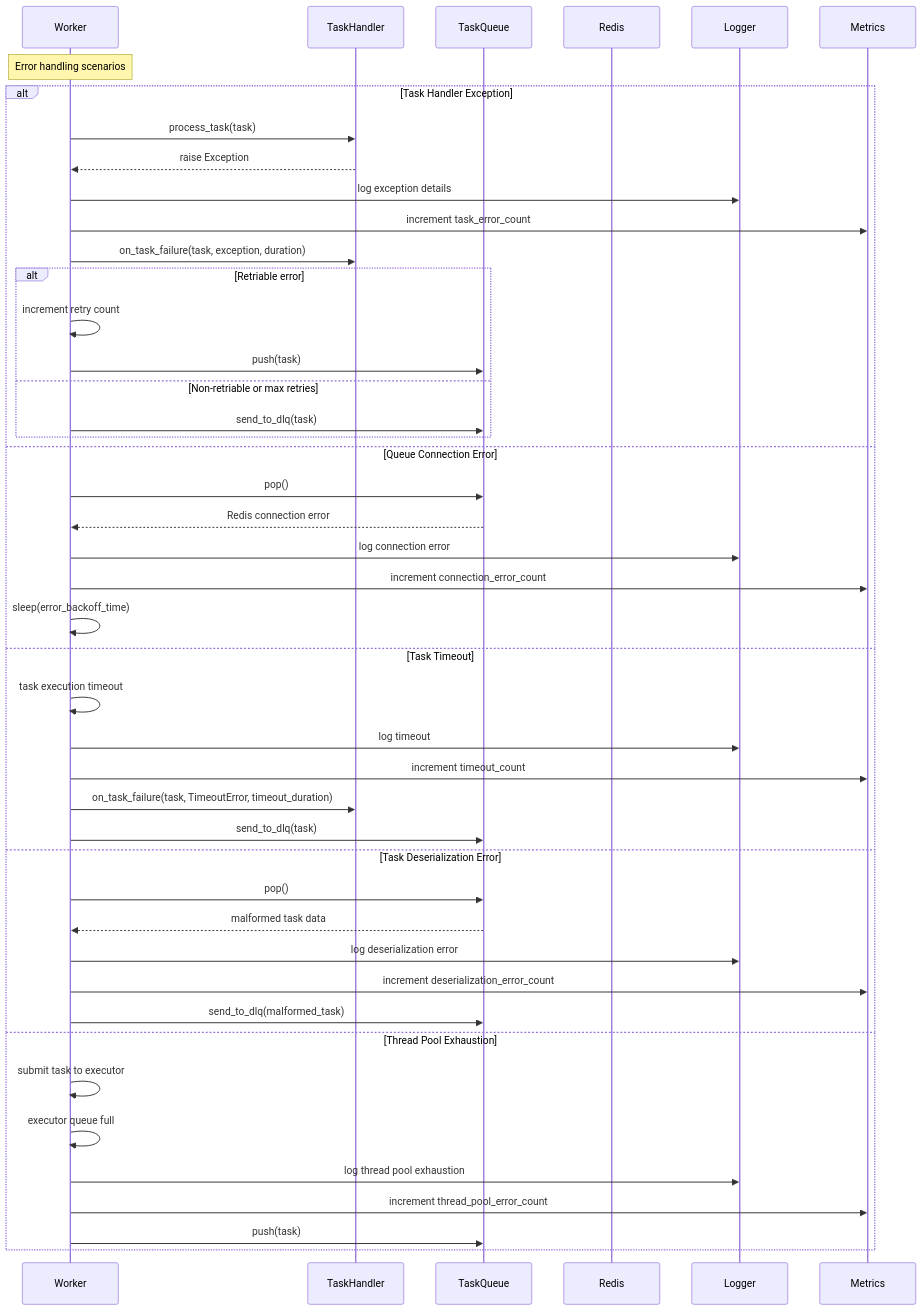
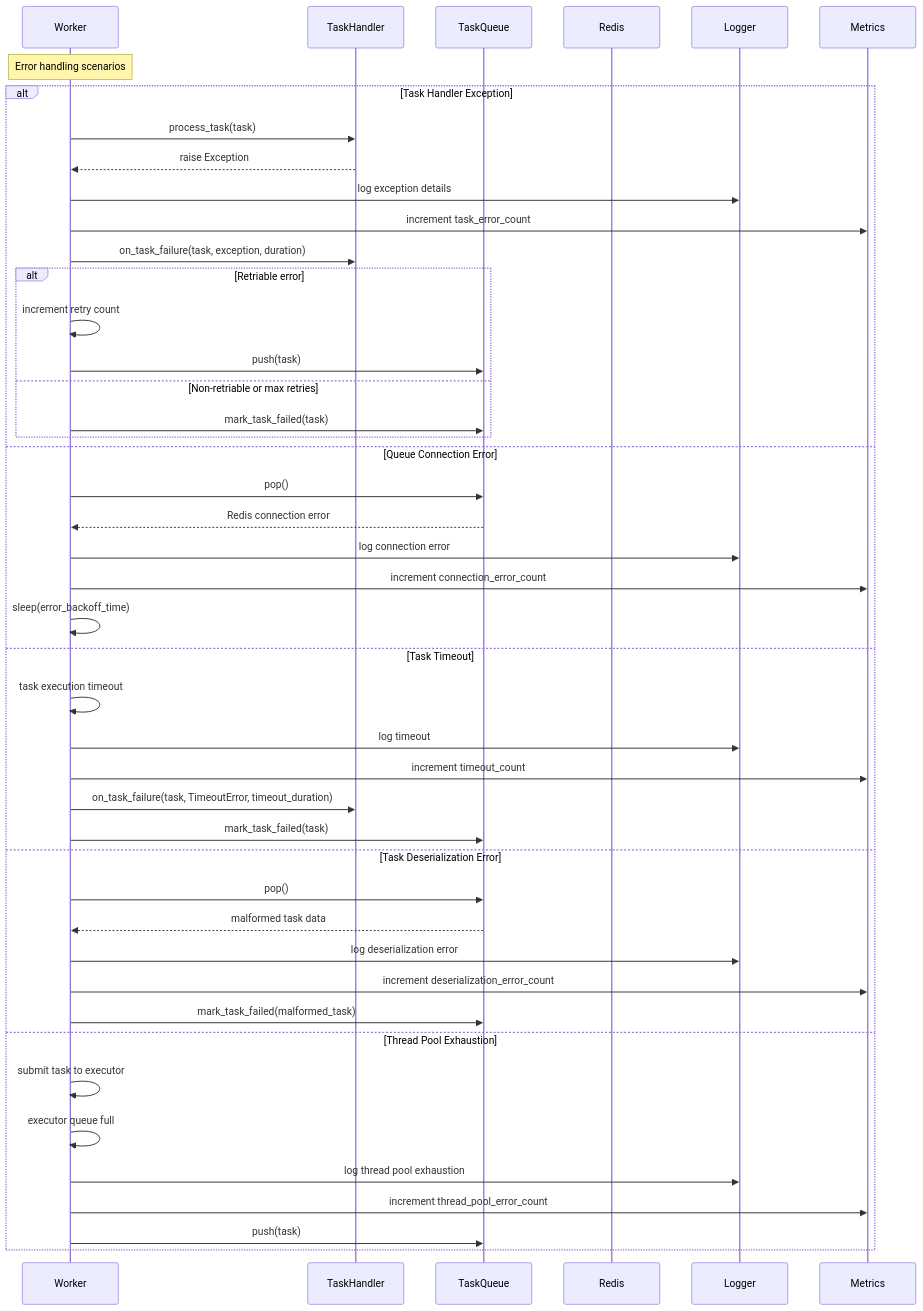
The eighth of 14 diagrams in docs/worker-sequence.md (premana/fairque), drawn with Mermaid before and after one commit. The commit also changed other lines of this file and 4 other files, not shown here.

````diff
--- a/docs/worker-sequence.md
+++ b/docs/worker-sequence.md
@@ -341,54 +341,54 @@
 ```mermaid
 sequenceDiagram
     participant W as Worker
     participant TH as TaskHandler
     participant Q as TaskQueue
     participant R as Redis
     participant L as Logger
     participant M as Metrics
     
     Note over W: Error handling scenarios
     
     alt Task Handler Exception
         W->>TH: process_task(task)
         TH-->>W: raise Exception
         W->>L: log exception details
         W->>M: increment task_error_count
         W->>TH: on_task_failure(task, exception, duration)
         
         alt Retriable error
             W->>W: increment retry count
             W->>Q: push(task) # requeue
         else Non-retriable or max retries
-            W->>Q: send_to_dlq(task)
+            W->>Q: mark_task_failed(task)
         end
         
     else Queue Connection Error
         W->>Q: pop()
         Q-->>W: Redis connection error
         W->>L: log connection error
         W->>M: increment connection_error_count
         W->>W: sleep(error_backoff_time)
         
     else Task Timeout
         W->>W: task execution timeout
         W->>L: log timeout
         W->>M: increment timeout_count
         W->>TH: on_task_failure(task, TimeoutError, timeout_duration)
-        W->>Q: send_to_dlq(task)
+        W->>Q: mark_task_failed(task)
         
     else Task Deserialization Error
         W->>Q: pop()
         Q-->>W: malformed task data
         W->>L: log deserialization error
         W->>M: increment deserialization_error_count
-        W->>Q: send_to_dlq(malformed_task)
+        W->>Q: mark_task_failed(malformed_task)
         
     else Thread Pool Exhaustion
         W->>W: submit task to executor
         W->>W: executor queue full
         W->>L: log thread pool exhaustion
         W->>M: increment thread_pool_error_count
         W->>Q: push(task) # requeue for later
     end
 ```
````
